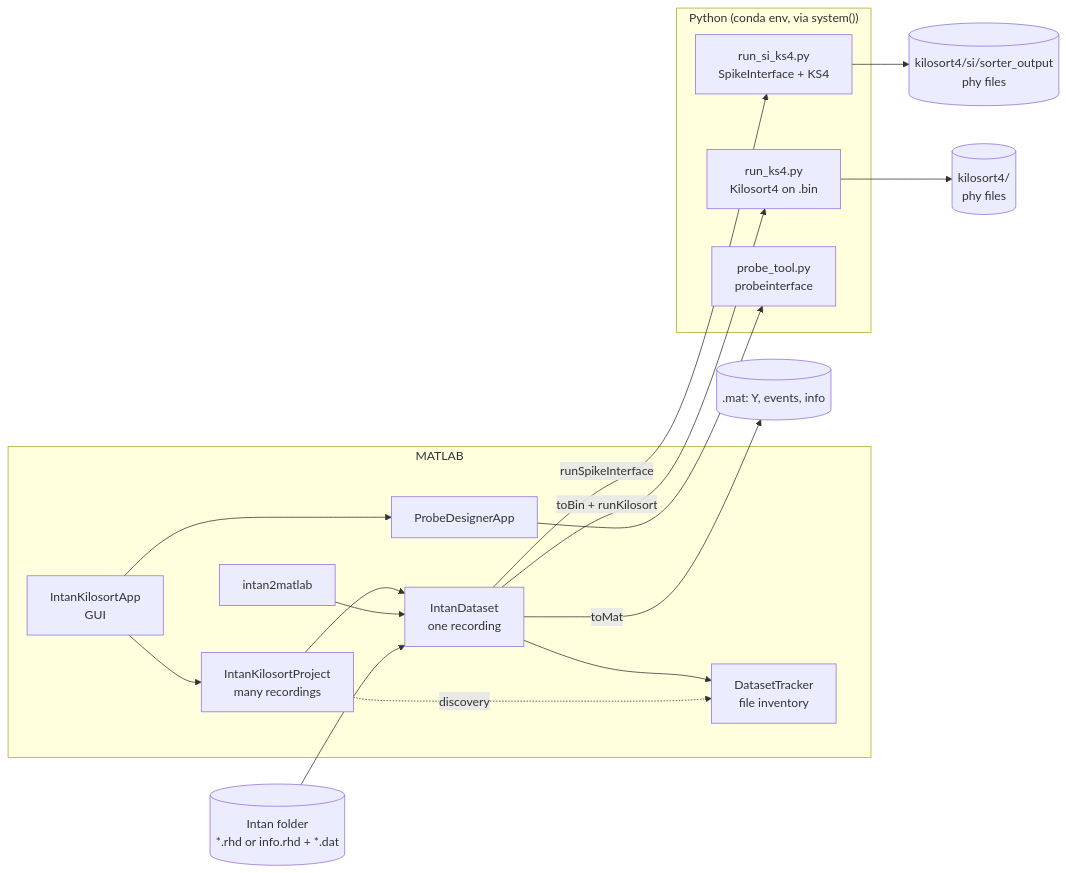
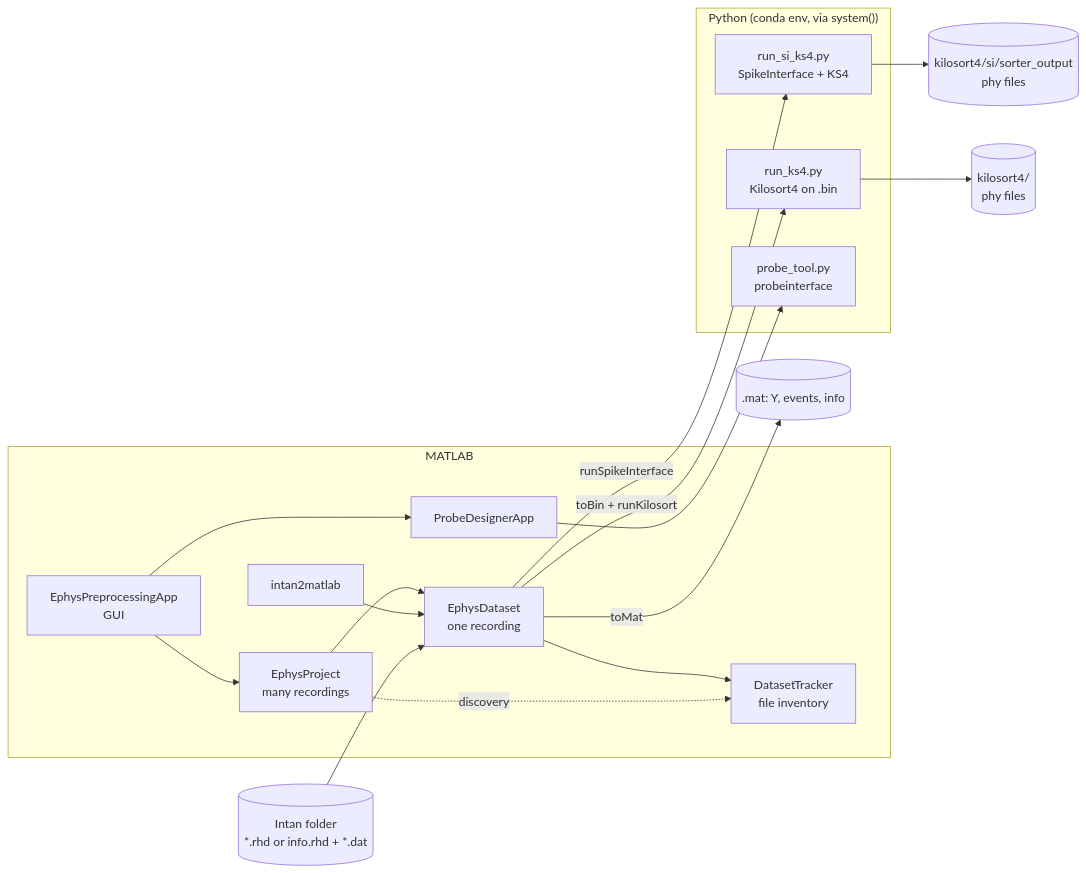
One commit to dstolz/ephys_analysis changed the diagram in documentation/README.md. Above: the diagram before and after it, drawn with Mermaid. The commit also changed other lines of this file and 775 other files, not shown here.

First line of the commit message:
Rename Intan classes to Ephys* and vendor the Chronux toolbox

````diff
--- a/documentation/README.md
+++ b/documentation/README.md
@@ -33,23 +33,23 @@
 ```mermaid
 flowchart LR
     subgraph MATLAB
-        APP[IntanKilosortApp<br/>GUI] --> PRJ[IntanKilosortProject<br/>many recordings]
+        APP[EphysPreprocessingApp<br/>GUI] --> PRJ[EphysProject<br/>many recordings]
         APP --> PDA[ProbeDesignerApp]
-        PRJ --> DS[IntanDataset<br/>one recording]
+        PRJ --> DS[EphysDataset<br/>one recording]
         DS --> DT[DatasetTracker<br/>file inventory]
         PRJ -. discovery .-> DT
         I2M[intan2matlab] --> DS
     end
     subgraph Python["Python (conda env, via system())"]
         SI[run_si_ks4.py<br/>SpikeInterface + KS4]
         KS[run_ks4.py<br/>Kilosort4 on .bin]
         PT[probe_tool.py<br/>probeinterface]
     end
     RAW[(Intan folder<br/>*.rhd or info.rhd + *.dat)] --> DS
     DS -- runSpikeInterface --> SI
     DS -- toBin + runKilosort --> KS
     PDA --> PT
     SI --> OUT[(kilosort4/si/sorter_output<br/>phy files)]
     KS --> OUT2[(kilosort4/<br/>phy files)]
     DS -- toMat --> MAT[(.mat: Y, events, info)]
 ```
````
